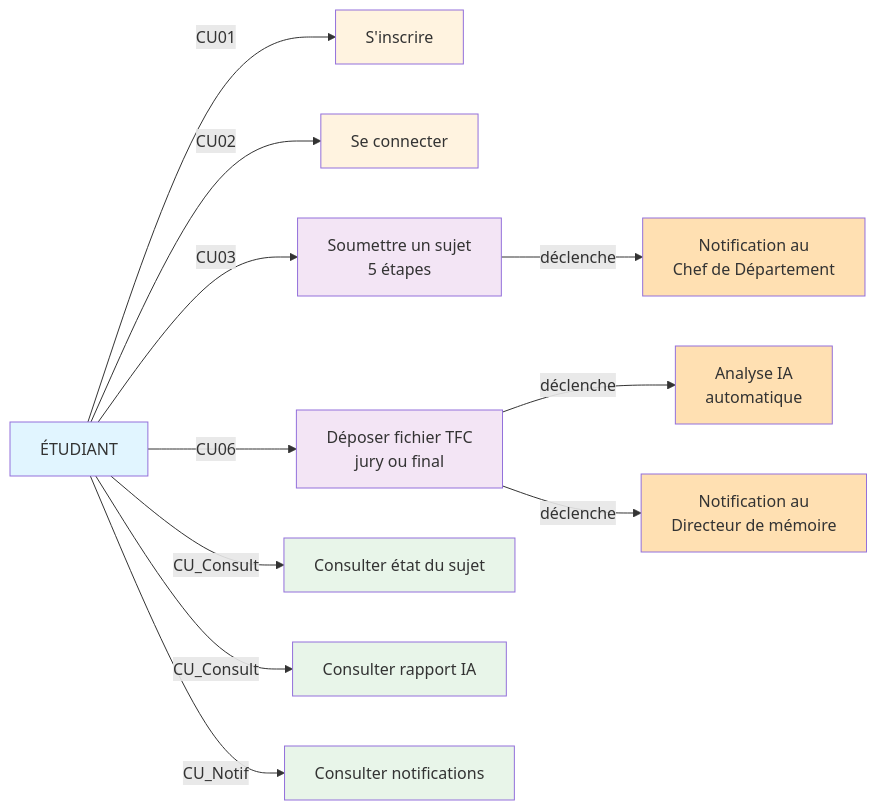
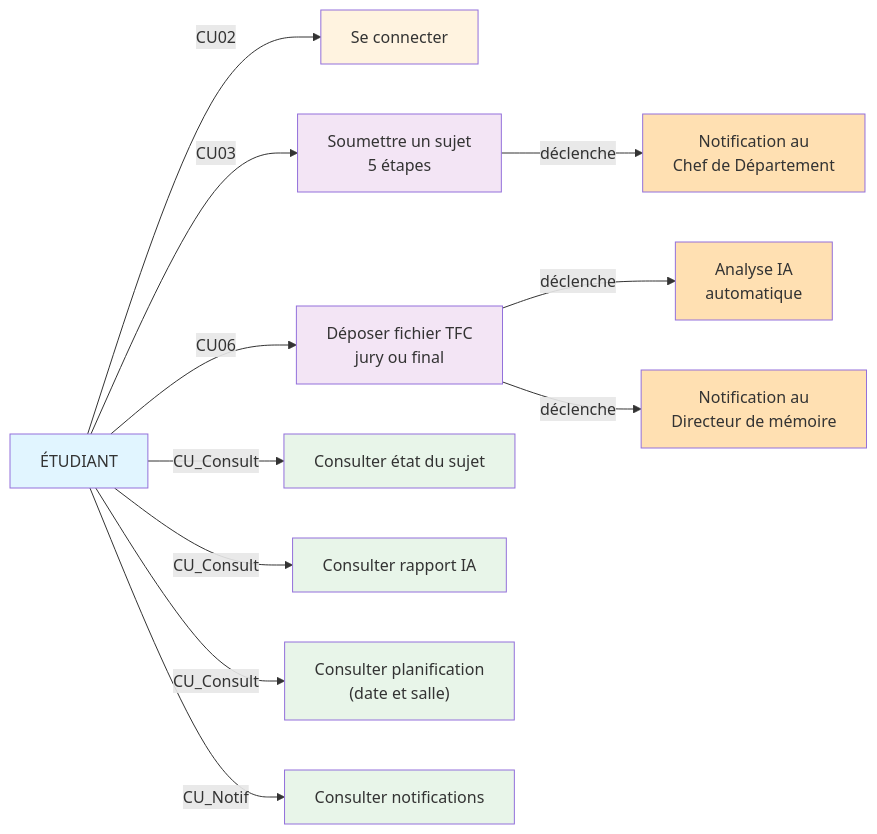
The third of 14 diagrams in DIAGRAMMES-DESCRIPTIONS.md (DavidMwangaza/TFC-Manager), drawn with Mermaid before and after one commit. The commit also changed other lines of this file and 34 other files, not shown here.

````diff
--- a/DIAGRAMMES-DESCRIPTIONS.md
+++ b/DIAGRAMMES-DESCRIPTIONS.md
@@ -171,28 +177,28 @@
 ```mermaid
 graph LR
     Actor["ÉTUDIANT"]
     
-    Actor -->|CU01| Inscription["S'inscrire"]
     Actor -->|CU02| Connexion["Se connecter"]
     Actor -->|CU03| Soumettre["Soumettre un sujet<br/>5 étapes"]
     Actor -->|CU06| Depot["Déposer fichier TFC<br/>jury ou final"]
     Actor -->|CU_Consult| EtatSujet["Consulter état du sujet"]
     Actor -->|CU_Consult| RapportIA["Consulter rapport IA"]
+    Actor -->|CU_Consult| Planif["Consulter planification\n(date et salle)"]
     Actor -->|CU_Notif| Notifications["Consulter notifications"]
     
     Soumettre -->|déclenche| NotifCP["Notification au<br/>Chef de Département"]
     Depot -->|déclenche| AnalyseIA["Analyse IA<br/>automatique"]
     Depot -->|déclenche| NotifEnseignant["Notification au<br/>Directeur de mémoire"]
     
     style Actor fill:#e1f5ff
-    style Inscription fill:#fff3e0
     style Connexion fill:#fff3e0
     style Soumettre fill:#f3e5f5
     style Depot fill:#f3e5f5
     style EtatSujet fill:#e8f5e9
     style RapportIA fill:#e8f5e9
+    style Planif fill:#e8f5e9
     style Notifications fill:#e8f5e9
     style NotifCP fill:#ffe0b2
     style AnalyseIA fill:#ffe0b2
     style NotifEnseignant fill:#ffe0b2
 ```
````
